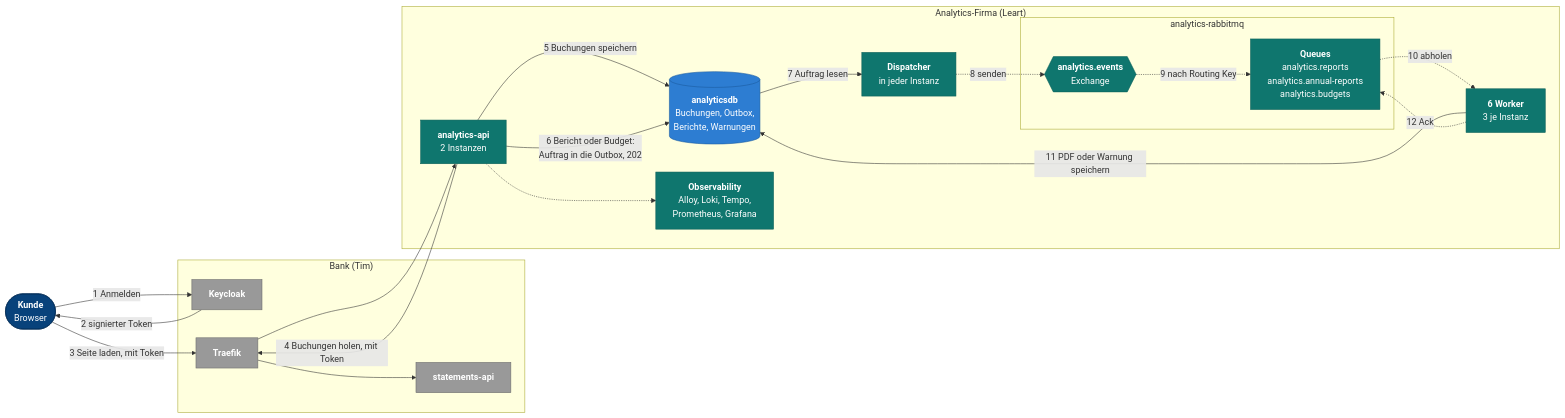
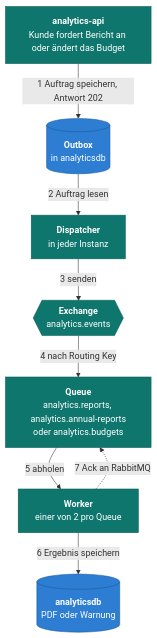
The second of 7 diagrams in docs/architecture.md (Leart165/321_leart), drawn with Mermaid before and after one commit. The commit also changed other lines of this file, not shown here.

Commit message:
Überblick in zwei einfache Abbildungen aufteilen
Anmelden und Buchungen holen als Sequenz, Bericht und Budget als Ablauf über RabbitMQ. Die
Verbindung der API zu Keycloak ist wieder eingezeichnet.

````diff
--- a/docs/architecture.md
+++ b/docs/architecture.md
@@ -15,47 +42,23 @@
 ```mermaid
-flowchart LR
-    kunde(["<b>Kunde</b><br/>Browser"])
+flowchart TD
+    api["<b>analytics-api</b><br/>Kunde fordert Bericht an oder ändert das Budget"]
+    outbox[("<b>Outbox</b><br/>in analyticsdb")]
+    dispatcher["<b>Dispatcher</b><br/>in jeder Instanz"]
+    ex{{"<b>Exchange</b><br/>analytics.events"}}
+    q["<b>Queue</b><br/>analytics.reports, analytics.annual-reports<br/>oder analytics.budgets"]
+    worker["<b>Worker</b><br/>einer von 2 pro Queue"]
+    db[("<b>analyticsdb</b><br/>PDF oder Warnung")]
 
-    subgraph bank["Bank (Tim)"]
-        kc["<b>Keycloak</b>"]
-        traefik["<b>Traefik</b>"]
-        stmt["<b>statements-api</b>"]
-    end
+    api -->|"1 Auftrag speichern, Antwort 202"| outbox
+    outbox -->|"2 Auftrag lesen"| dispatcher
+    dispatcher -->|"3 senden"| ex
+    ex -->|"4 nach Routing Key"| q
+    q -->|"5 abholen"| worker
+    worker -->|"6 Ergebnis speichern"| db
+    worker -.->|"7 Ack an RabbitMQ"| q
 
-    subgraph firma["Analytics-Firma (Leart)"]
-        api["<b>analytics-api</b><br/>2 Instanzen"]
-        db[("<b>analyticsdb</b><br/>Buchungen, Outbox,<br/>Berichte, Warnungen")]
-        dispatcher["<b>Dispatcher</b><br/>in jeder Instanz"]
-        subgraph rmq["analytics-rabbitmq"]
-            ex{{"<b>analytics.events</b><br/>Exchange"}}
-            q["<b>Queues</b><br/>analytics.reports<br/>analytics.annual-reports<br/>analytics.budgets"]
-        end
-        worker["<b>6 Worker</b><br/>3 je Instanz"]
-        obs["<b>Observability</b><br/>Alloy, Loki, Tempo,<br/>Prometheus, Grafana"]
-    end
-
-    kunde -->|"1 Anmelden"| kc
-    kc -->|"2 signierter Token"| kunde
-    kunde -->|"3 Seite laden, mit Token"| traefik
-    traefik --> api
-    api -->|"4 Buchungen holen, mit Token"| traefik
-    traefik --> stmt
-    api -->|"5 Buchungen speichern"| db
-    api -->|"6 Bericht oder Budget:<br/>Auftrag in die Outbox, 202"| db
-    db -->|"7 Auftrag lesen"| dispatcher
-    dispatcher -.->|"8 senden"| ex
-    ex -.->|"9 nach Routing Key"| q
-    q -.->|"10 abholen"| worker
-    worker -->|"11 PDF oder Warnung speichern"| db
-    worker -.->|"12 Ack"| q
-    api -.-> obs
-
-    classDef person fill:#08427b,stroke:#052e56,color:#ffffff
     classDef mine fill:#0f766e,stroke:#0b5f58,color:#ffffff
     classDef store fill:#2d7dd2,stroke:#1a5a9e,color:#ffffff
-    classDef other fill:#999999,stroke:#6b6b6b,color:#ffffff
-    class kunde person
-    class api,dispatcher,ex,q,worker,obs mine
-    class db store
-    class kc,traefik,stmt other
+    class api,dispatcher,ex,q,worker mine
+    class outbox,db store
 ```
````
